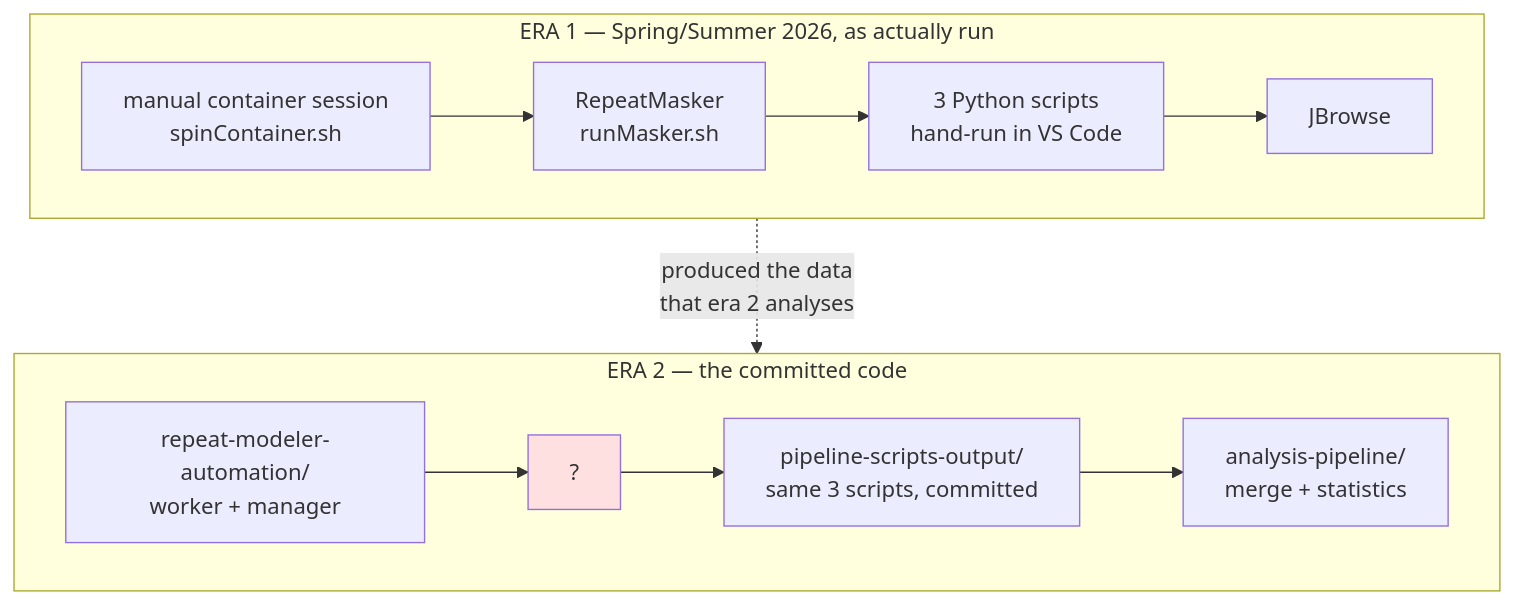
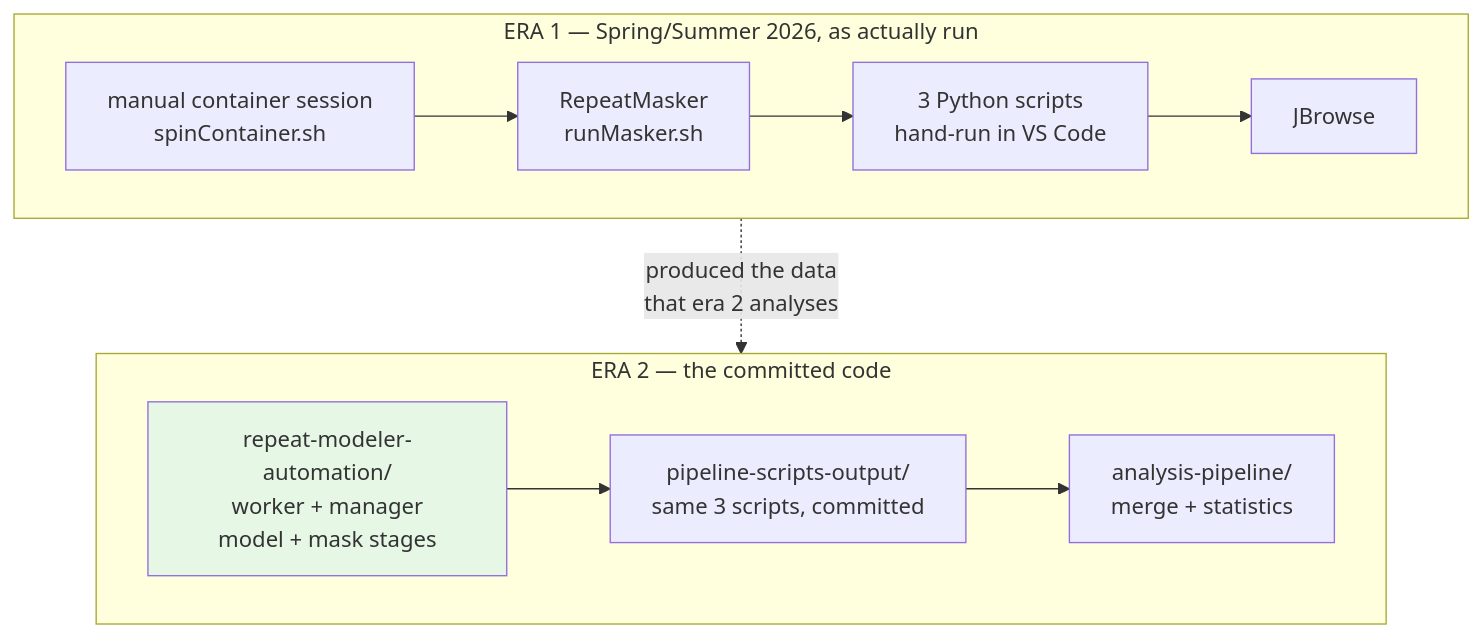
Before and after one commit to 0foo/cyp-project: the first of 3 diagrams in docs/pipeline/detailed/01-architecture.md, drawn with Mermaid. The commit also changed other lines of this file and 15 other files, not shown here.

````diff
--- a/docs/pipeline/detailed/01-architecture.md
+++ b/docs/pipeline/detailed/01-architecture.md
@@ -36,20 +36,19 @@
 ```mermaid
 flowchart TB
     subgraph era1["ERA 1 — Spring/Summer 2026, as actually run"]
         direction LR
         E1A["manual container session<br/>spinContainer.sh"] --> E1B["RepeatMasker<br/>runMasker.sh"]
         E1B --> E1C["3 Python scripts<br/>hand-run in VS Code"]
         E1C --> E1D["JBrowse"]
     end
 
     subgraph era2["ERA 2 — the committed code"]
         direction LR
-        E2A["repeat-modeler-automation/<br/>worker + manager"] --> E2B["?"]
-        E2B --> E2C["pipeline-scripts-output/<br/>same 3 scripts, committed"]
+        E2A["repeat-modeler-automation/<br/>worker + manager<br/>model + mask stages"] --> E2C["pipeline-scripts-output/<br/>same 3 scripts, committed"]
         E2C --> E2D["analysis-pipeline/<br/>merge + statistics"]
     end
 
     era1 -.->|"produced the data<br/>that era 2 analyses"| era2
 
-    style E2B fill:#ffe0e0
+    style E2A fill:#e6f7e6
 ```
````
